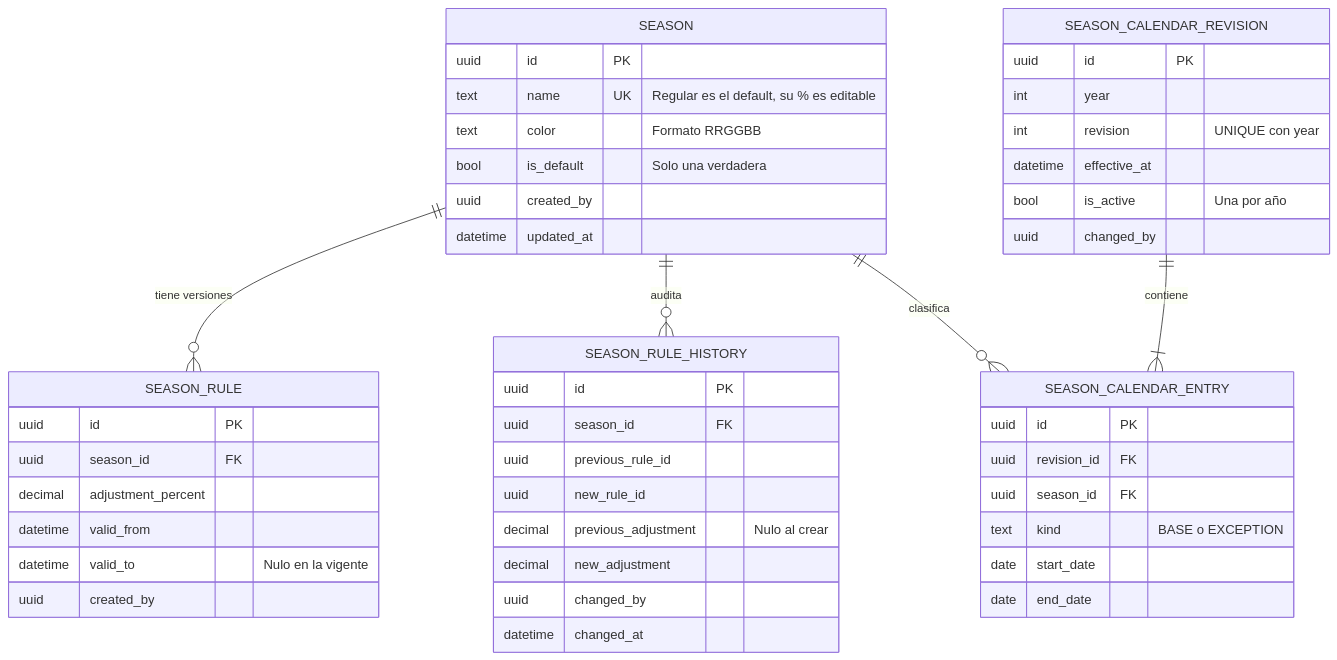
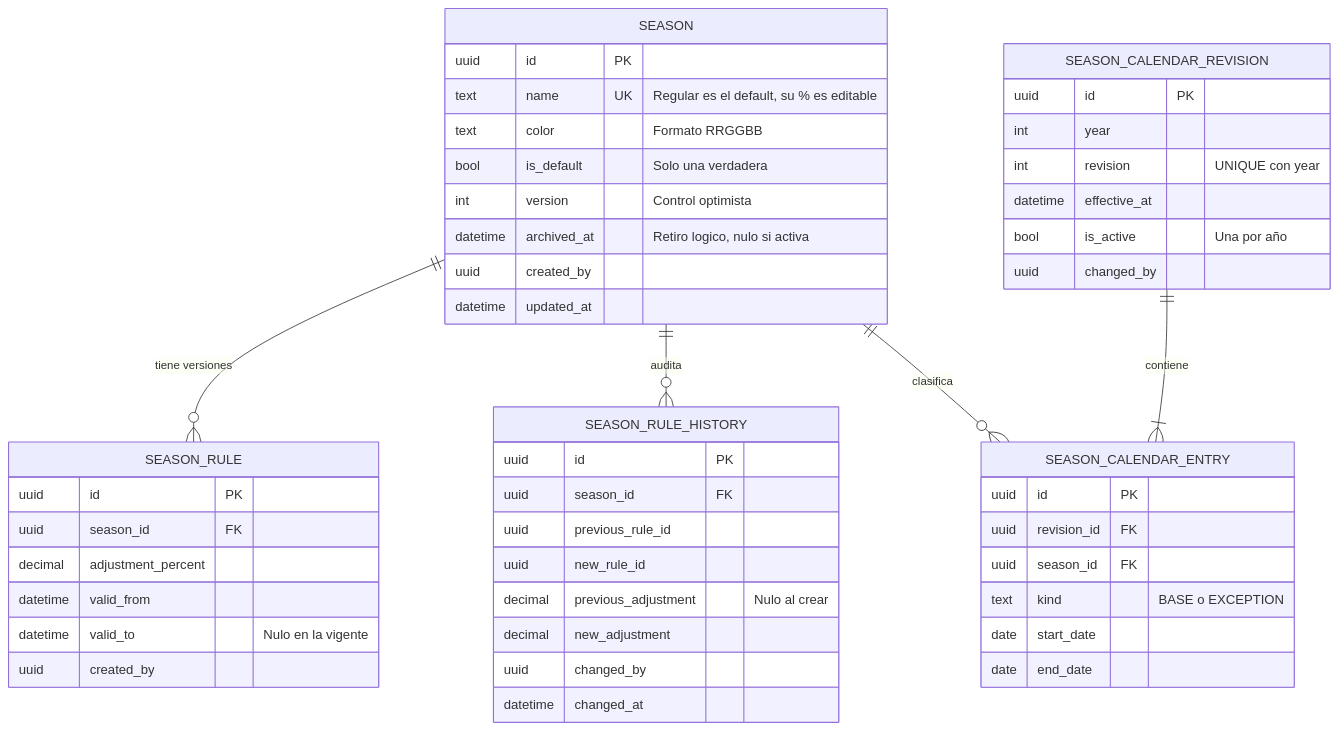
One commit to Proyect-Hospitua-Module-3/Hospitua-Module-3 changed the first of 4 diagrams in docs/plan-tecnico-base.md. Above: the diagram before and after it, drawn with Mermaid. The commit also changed other lines of this file and 8 other files, not shown here.

````diff
--- a/docs/plan-tecnico-base.md
+++ b/docs/plan-tecnico-base.md
@@ -488,50 +489,52 @@
 ```mermaid
 erDiagram
     SEASON ||--o{ SEASON_RULE : "tiene versiones"
     SEASON ||--o{ SEASON_RULE_HISTORY : "audita"
     SEASON ||--o{ SEASON_CALENDAR_ENTRY : "clasifica"
     SEASON_CALENDAR_REVISION ||--|{ SEASON_CALENDAR_ENTRY : "contiene"
 
     SEASON {
         uuid id PK
         text name UK "Regular es el default, su % es editable"
         text color "Formato RRGGBB"
         bool is_default "Solo una verdadera"
+        int version "Control optimista"
+        datetime archived_at "Retiro logico, nulo si activa"
         uuid created_by
         datetime updated_at
     }
     SEASON_RULE {
         uuid id PK
         uuid season_id FK
         decimal adjustment_percent
         datetime valid_from
         datetime valid_to "Nulo en la vigente"
         uuid created_by
     }
     SEASON_RULE_HISTORY {
         uuid id PK
         uuid season_id FK
         uuid previous_rule_id
         uuid new_rule_id
         decimal previous_adjustment "Nulo al crear"
         decimal new_adjustment
         uuid changed_by
         datetime changed_at
     }
     SEASON_CALENDAR_REVISION {
         uuid id PK
         int year
         int revision "UNIQUE con year"
         datetime effective_at
         bool is_active "Una por año"
         uuid changed_by
     }
     SEASON_CALENDAR_ENTRY {
         uuid id PK
         uuid revision_id FK
         uuid season_id FK
         text kind "BASE o EXCEPTION"
         date start_date
         date end_date
     }
 ```
````
